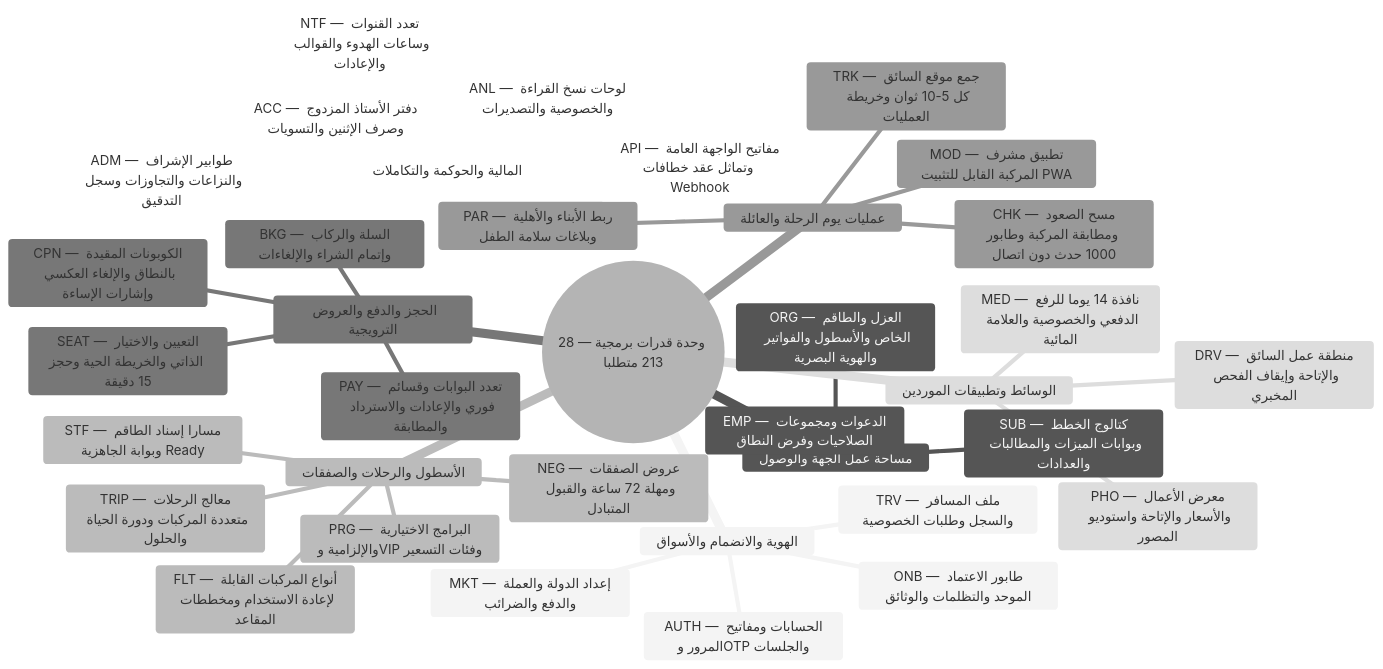
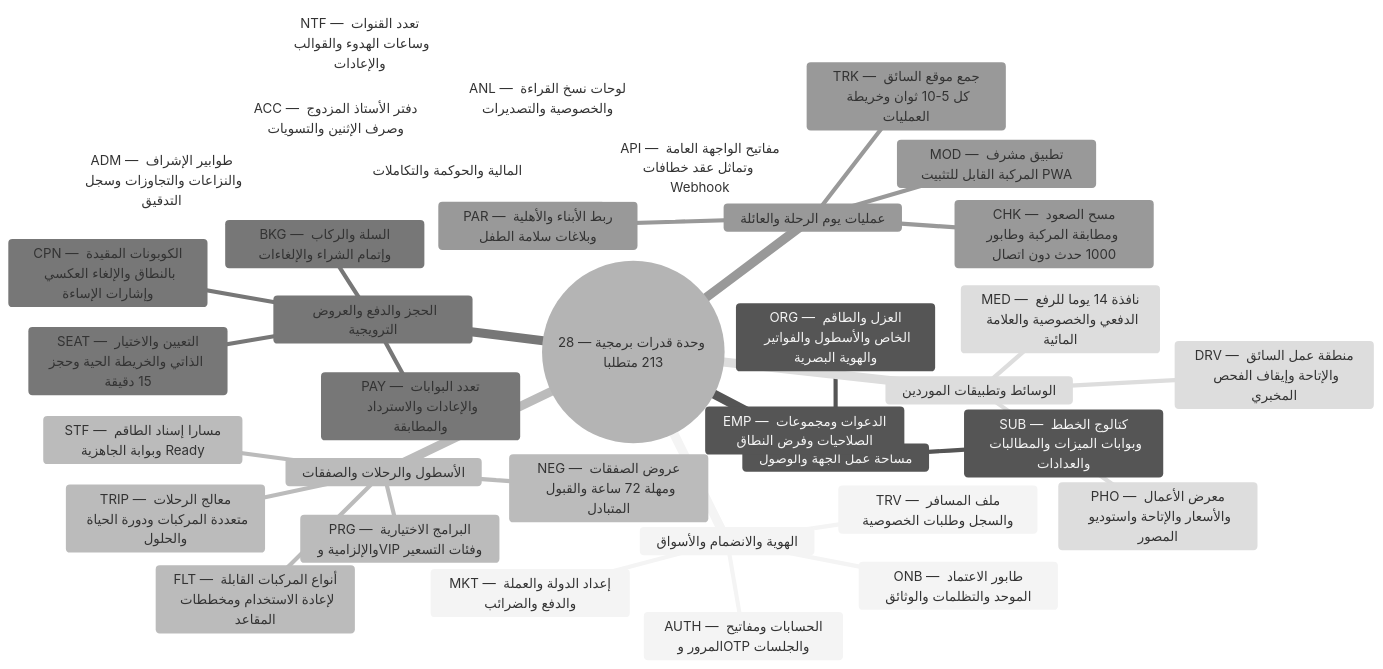
The third of 7 diagrams in content/docs/ar/system/mindmaps.mdx (mohamedhabibwork/trips-enjoy-docs), drawn with Mermaid (neutral theme) before and after one commit. The commit also changed other lines of this file and 117 other files, not shown here.

````diff
--- a/content/docs/ar/system/mindmaps.mdx
+++ b/content/docs/ar/system/mindmaps.mdx
@@ -205,39 +205,39 @@
 ```mermaid
 mindmap
   root(("28 وحدة قدرات برمجية — 213 متطلبا"))
     الهوية والانضمام والأسواق
       AUTH — الحسابات ومفاتيح المرور وOTP والجلسات
       ONB — طابور الاعتماد الموحد والتظلمات والوثائق
       MKT — إعداد الدولة والعملة والدفع والضرائب
       TRV — ملف المسافر والسجل وطلبات الخصوصية
     مساحة عمل الجهة والوصول
       ORG — العزل والطاقم الخاص والأسطول والفواتير والهوية البصرية
       EMP — الدعوات ومجموعات الصلاحيات وفرض النطاق
       SUB — كتالوج الخطط وبوابات الميزات والمطالبات والعدادات
     الأسطول والرحلات والصفقات
       FLT — أنواع المركبات القابلة لإعادة الاستخدام ومخططات المقاعد
       TRIP — معالج الرحلات متعددة المركبات ودورة الحياة والحلول
       PRG — البرامج الاختيارية والإلزامية وVIP وفئات التسعير
       STF — مسارا إسناد الطاقم وبوابة الجاهزية Ready
       NEG — عروض الصفقات ومهلة 72 ساعة والقبول المتبادل
     الحجز والدفع والعروض الترويجية
       SEAT — التعيين والاختيار الذاتي والخريطة الحية وحجز 15 دقيقة
       BKG — السلة والركاب وإتمام الشراء والإلغاءات
-      PAY — تعدد البوابات وقسائم فوري والإعادات والاسترداد والمطابقة
+      PAY — تعدد البوابات والإعادات والاسترداد والمطابقة
       CPN — الكوبونات المقيدة بالنطاق والإلغاء العكسي وإشارات الإساءة
     عمليات يوم الرحلة والعائلة
       MOD — تطبيق مشرف المركبة القابل للتثبيت PWA
       CHK — مسح الصعود ومطابقة المركبة وطابور 1000 حدث دون اتصال
       TRK — جمع موقع السائق كل 5-10 ثوان وخريطة العمليات
       PAR — ربط الأبناء والأهلية وبلاغات سلامة الطفل
     الوسائط وتطبيقات الموردين
       DRV — منطقة عمل السائق والإتاحة وإيقاف الفحص المخبري
       PHO — معرض الأعمال والأسعار والإتاحة واستوديو المصور
       MED — نافذة 14 يوما للرفع الدفعي والخصوصية والعلامة المائية
     المالية والحوكمة والتكاملات
       ACC — دفتر الأستاذ المزدوج وصرف الإثنين والتسويات
       ADM — طوابير الإشراف والنزاعات والتجاوزات وسجل التدقيق
       NTF — تعدد القنوات وساعات الهدوء والقوالب والإعادات
       ANL — لوحات نسخ القراءة والخصوصية والتصديرات
       API — مفاتيح الواجهة العامة وتماثل عقد خطافات Webhook
 ```
````
